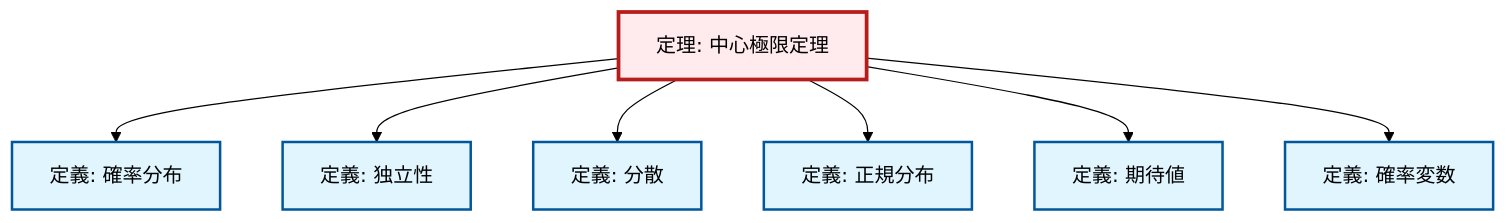
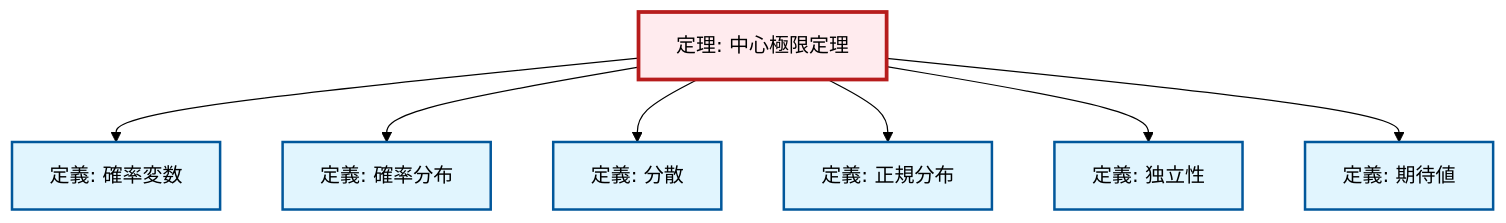
One commit to RK0429/ModernMath changed the second of 2 diagrams in content/ja/probability-statistics/thm-central-limit.qmd. Above: the diagram before and after it, drawn with Mermaid (forest theme). The commit also changed 672 other files, not shown here.

````diff
--- a/content/ja/probability-statistics/thm-central-limit.qmd
+++ b/content/ja/probability-statistics/thm-central-limit.qmd
@@ -112,29 +112,29 @@
 ```{mermaid}
-%%| fig-cap: "Local dependency graph"
+%%| fig-cap: "ローカル依存関係グラフ"
 graph TD
     classDef definition fill:#e1f5fe,stroke:#01579b,stroke-width:2px
     classDef theorem fill:#f3e5f5,stroke:#4a148c,stroke-width:2px
     classDef axiom fill:#fff3e0,stroke:#e65100,stroke-width:2px
     classDef example fill:#e8f5e9,stroke:#1b5e20,stroke-width:2px
     classDef current fill:#ffebee,stroke:#b71c1c,stroke-width:3px
+    def-normal-distribution["定義: 正規分布"]:::definition
+    def-independence["定義: 独立性"]:::definition
+    def-expectation["定義: 期待値"]:::definition
     def-probability-distribution["定義: 確率分布"]:::definition
-    def-expectation["定義: 期待値"]:::definition
-    def-random-variable["定義: 確率変数"]:::definition
-    def-independence["定義: 独立性"]:::definition
-    def-normal-distribution["定義: 正規分布"]:::definition
     thm-central-limit["定理: 中心極限定理"]:::theorem
     def-variance["定義: 分散"]:::definition
+    def-random-variable["定義: 確率変数"]:::definition
+    thm-central-limit --> def-random-variable
     thm-central-limit --> def-probability-distribution
-    thm-central-limit --> def-independence
     thm-central-limit --> def-variance
     thm-central-limit --> def-normal-distribution
+    thm-central-limit --> def-independence
     thm-central-limit --> def-expectation
-    thm-central-limit --> def-random-variable
     class thm-central-limit current
+    click def-normal-distribution "def-normal-distribution.html" "正規分布の定義へ"
+    click def-independence "def-independence.html" "独立性の定義へ"
+    click def-expectation "def-expectation.html" "期待値の定義へ"
     click def-probability-distribution "def-probability-distribution.html" "確率分布の定義へ"
-    click def-expectation "def-expectation.html" "期待値の定義へ"
+    click def-variance "def-variance.html" "分散の定義へ"
     click def-random-variable "def-random-variable.html" "確率変数の定義へ"
-    click def-independence "def-independence.html" "独立性の定義へ"
-    click def-normal-distribution "def-normal-distribution.html" "正規分布の定義へ"
-    click def-variance "def-variance.html" "分散の定義へ"
 ```
````
